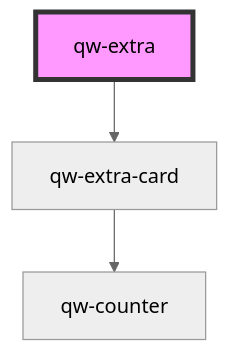
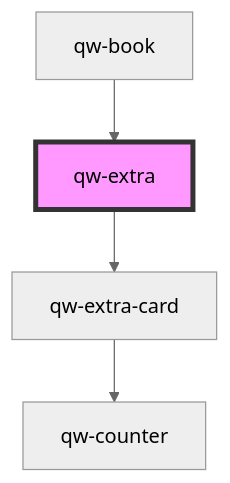
Before and after one commit to qwentes-team/qw-hotels: the diagram in src/components/qw-extra/readme.md, drawn with Mermaid (neutral theme). The commit also changed other lines of this file and 8 other files, not shown here.

````diff
--- a/src/components/qw-extra/readme.md
+++ b/src/components/qw-extra/readme.md
@@ -15,6 +19,7 @@
 ```mermaid
 graph TD;
   qw-extra --> qw-extra-card
   qw-extra-card --> qw-counter
+  qw-book --> qw-extra
   style qw-extra fill:#f9f,stroke:#333,stroke-width:4px
 ```
````
